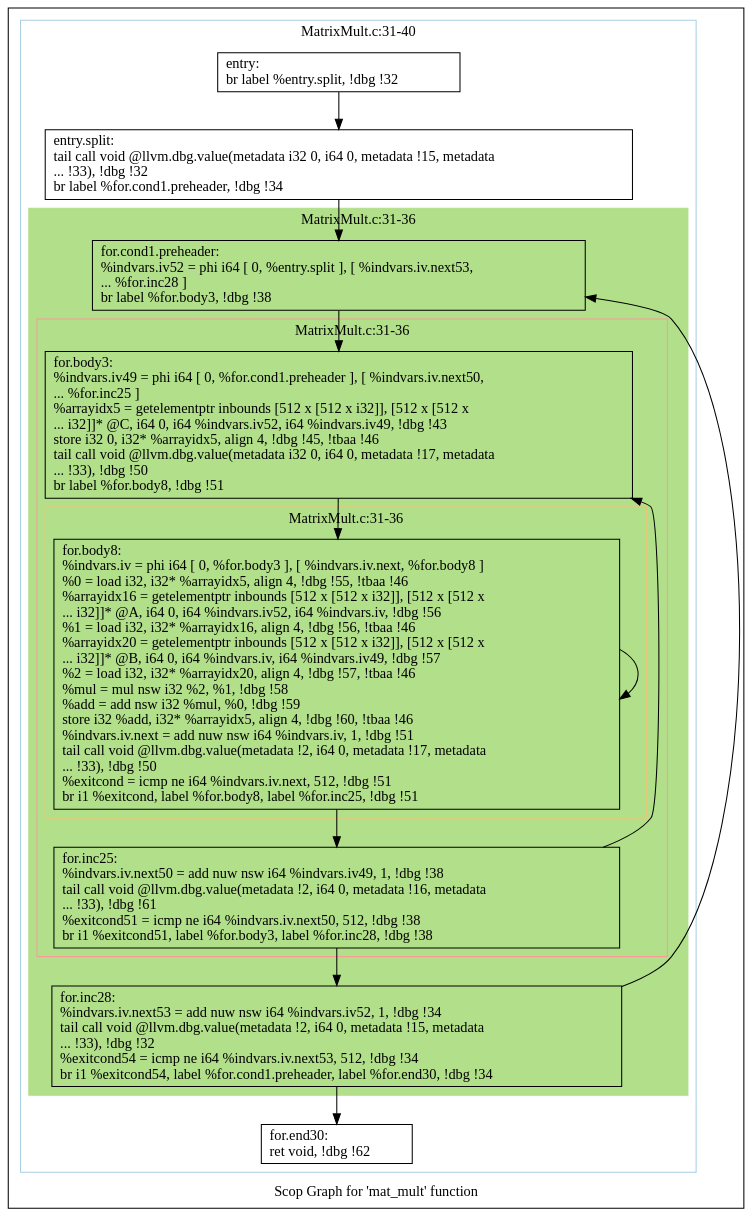
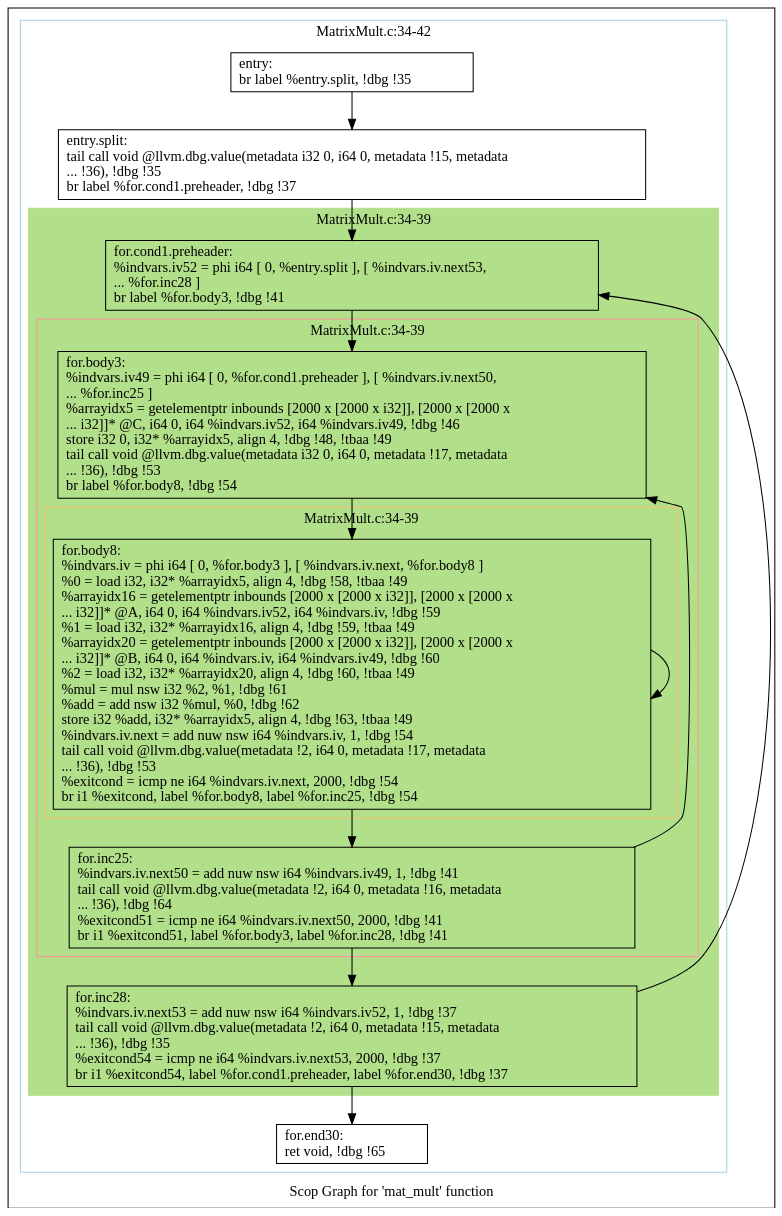
One commit to samminweng/WhileyOpenCL changed the diagram in polly/MatrixMult/impl/handwritten/dot/scops.mat_mult.dot. Above: the diagram before and after it, drawn with Graphviz. The commit also changed 54 other files, not shown here.

First line of the commit message:
Adde parallelizable 'mat_mult' function to Handwritten MatrixMult 2 program

```diff
--- a/polly/MatrixMult/impl/handwritten/dot/scops.mat_mult.dot
+++ b/polly/MatrixMult/impl/handwritten/dot/scops.mat_mult.dot
@@ -1,54 +1,54 @@
 digraph "Scop Graph for 'mat_mult' function" {
 	label="Scop Graph for 'mat_mult' function";
 
-	Node0xa685ba0 [shape=record,label="{entry:\l  br label %entry.split, !dbg !32\l}"];
-	Node0xa685ba0 -> Node0xa68a1d0;
-	Node0xa68a1d0 [shape=record,label="{entry.split:                                      \l  tail call void @llvm.dbg.value(metadata i32 0, i64 0, metadata !15, metadata\l... !33), !dbg !32\l  br label %for.cond1.preheader, !dbg !34\l}"];
-	Node0xa68a1d0 -> Node0xa688050;
-	Node0xa688050 [shape=record,label="{for.cond1.preheader:                              \l  %indvars.iv52 = phi i64 [ 0, %entry.split ], [ %indvars.iv.next53,\l... %for.inc28 ]\l  br label %for.body3, !dbg !38\l}"];
-	Node0xa688050 -> Node0xa767230;
-	Node0xa767230 [shape=record,label="{for.body3:                                        \l  %indvars.iv49 = phi i64 [ 0, %for.cond1.preheader ], [ %indvars.iv.next50,\l... %for.inc25 ]\l  %arrayidx5 = getelementptr inbounds [512 x [512 x i32]], [512 x [512 x\l... i32]]* @C, i64 0, i64 %indvars.iv52, i64 %indvars.iv49, !dbg !43\l  store i32 0, i32* %arrayidx5, align 4, !dbg !45, !tbaa !46\l  tail call void @llvm.dbg.value(metadata i32 0, i64 0, metadata !17, metadata\l... !33), !dbg !50\l  br label %for.body8, !dbg !51\l}"];
-	Node0xa767230 -> Node0xa6874d0;
-	Node0xa6874d0 [shape=record,label="{for.body8:                                        \l  %indvars.iv = phi i64 [ 0, %for.body3 ], [ %indvars.iv.next, %for.body8 ]\l  %0 = load i32, i32* %arrayidx5, align 4, !dbg !55, !tbaa !46\l  %arrayidx16 = getelementptr inbounds [512 x [512 x i32]], [512 x [512 x\l... i32]]* @A, i64 0, i64 %indvars.iv52, i64 %indvars.iv, !dbg !56\l  %1 = load i32, i32* %arrayidx16, align 4, !dbg !56, !tbaa !46\l  %arrayidx20 = getelementptr inbounds [512 x [512 x i32]], [512 x [512 x\l... i32]]* @B, i64 0, i64 %indvars.iv, i64 %indvars.iv49, !dbg !57\l  %2 = load i32, i32* %arrayidx20, align 4, !dbg !57, !tbaa !46\l  %mul = mul nsw i32 %2, %1, !dbg !58\l  %add = add nsw i32 %mul, %0, !dbg !59\l  store i32 %add, i32* %arrayidx5, align 4, !dbg !60, !tbaa !46\l  %indvars.iv.next = add nuw nsw i64 %indvars.iv, 1, !dbg !51\l  tail call void @llvm.dbg.value(metadata !2, i64 0, metadata !17, metadata\l... !33), !dbg !50\l  %exitcond = icmp ne i64 %indvars.iv.next, 512, !dbg !51\l  br i1 %exitcond, label %for.body8, label %for.inc25, !dbg !51\l}"];
-	Node0xa6874d0 -> Node0xa6874d0[constraint=false];
-	Node0xa6874d0 -> Node0xa690550;
-	Node0xa690550 [shape=record,label="{for.inc25:                                        \l  %indvars.iv.next50 = add nuw nsw i64 %indvars.iv49, 1, !dbg !38\l  tail call void @llvm.dbg.value(metadata !2, i64 0, metadata !16, metadata\l... !33), !dbg !61\l  %exitcond51 = icmp ne i64 %indvars.iv.next50, 512, !dbg !38\l  br i1 %exitcond51, label %for.body3, label %for.inc28, !dbg !38\l}"];
-	Node0xa690550 -> Node0xa767230[constraint=false];
-	Node0xa690550 -> Node0xa68aff0;
-	Node0xa68aff0 [shape=record,label="{for.inc28:                                        \l  %indvars.iv.next53 = add nuw nsw i64 %indvars.iv52, 1, !dbg !34\l  tail call void @llvm.dbg.value(metadata !2, i64 0, metadata !15, metadata\l... !33), !dbg !32\l  %exitcond54 = icmp ne i64 %indvars.iv.next53, 512, !dbg !34\l  br i1 %exitcond54, label %for.cond1.preheader, label %for.end30, !dbg !34\l}"];
-	Node0xa68aff0 -> Node0xa688050[constraint=false];
-	Node0xa68aff0 -> Node0xa691260;
-	Node0xa691260 [shape=record,label="{for.end30:                                        \l  ret void, !dbg !62\l}"];
+	Node0x9a14590 [shape=record,label="{entry:\l  br label %entry.split, !dbg !35\l}"];
+	Node0x9a14590 -> Node0x99a31e0;
+	Node0x99a31e0 [shape=record,label="{entry.split:                                      \l  tail call void @llvm.dbg.value(metadata i32 0, i64 0, metadata !15, metadata\l... !36), !dbg !35\l  br label %for.cond1.preheader, !dbg !37\l}"];
+	Node0x99a31e0 -> Node0x981a9e0;
+	Node0x981a9e0 [shape=record,label="{for.cond1.preheader:                              \l  %indvars.iv52 = phi i64 [ 0, %entry.split ], [ %indvars.iv.next53,\l... %for.inc28 ]\l  br label %for.body3, !dbg !41\l}"];
+	Node0x981a9e0 -> Node0x9a60210;
+	Node0x9a60210 [shape=record,label="{for.body3:                                        \l  %indvars.iv49 = phi i64 [ 0, %for.cond1.preheader ], [ %indvars.iv.next50,\l... %for.inc25 ]\l  %arrayidx5 = getelementptr inbounds [2000 x [2000 x i32]], [2000 x [2000 x\l... i32]]* @C, i64 0, i64 %indvars.iv52, i64 %indvars.iv49, !dbg !46\l  store i32 0, i32* %arrayidx5, align 4, !dbg !48, !tbaa !49\l  tail call void @llvm.dbg.value(metadata i32 0, i64 0, metadata !17, metadata\l... !36), !dbg !53\l  br label %for.body8, !dbg !54\l}"];
+	Node0x9a60210 -> Node0x9a1be60;
+	Node0x9a1be60 [shape=record,label="{for.body8:                                        \l  %indvars.iv = phi i64 [ 0, %for.body3 ], [ %indvars.iv.next, %for.body8 ]\l  %0 = load i32, i32* %arrayidx5, align 4, !dbg !58, !tbaa !49\l  %arrayidx16 = getelementptr inbounds [2000 x [2000 x i32]], [2000 x [2000 x\l... i32]]* @A, i64 0, i64 %indvars.iv52, i64 %indvars.iv, !dbg !59\l  %1 = load i32, i32* %arrayidx16, align 4, !dbg !59, !tbaa !49\l  %arrayidx20 = getelementptr inbounds [2000 x [2000 x i32]], [2000 x [2000 x\l... i32]]* @B, i64 0, i64 %indvars.iv, i64 %indvars.iv49, !dbg !60\l  %2 = load i32, i32* %arrayidx20, align 4, !dbg !60, !tbaa !49\l  %mul = mul nsw i32 %2, %1, !dbg !61\l  %add = add nsw i32 %mul, %0, !dbg !62\l  store i32 %add, i32* %arrayidx5, align 4, !dbg !63, !tbaa !49\l  %indvars.iv.next = add nuw nsw i64 %indvars.iv, 1, !dbg !54\l  tail call void @llvm.dbg.value(metadata !2, i64 0, metadata !17, metadata\l... !36), !dbg !53\l  %exitcond = icmp ne i64 %indvars.iv.next, 2000, !dbg !54\l  br i1 %exitcond, label %for.body8, label %for.inc25, !dbg !54\l}"];
+	Node0x9a1be60 -> Node0x9a1be60[constraint=false];
+	Node0x9a1be60 -> Node0x99a19f0;
+	Node0x99a19f0 [shape=record,label="{for.inc25:                                        \l  %indvars.iv.next50 = add nuw nsw i64 %indvars.iv49, 1, !dbg !41\l  tail call void @llvm.dbg.value(metadata !2, i64 0, metadata !16, metadata\l... !36), !dbg !64\l  %exitcond51 = icmp ne i64 %indvars.iv.next50, 2000, !dbg !41\l  br i1 %exitcond51, label %for.body3, label %for.inc28, !dbg !41\l}"];
+	Node0x99a19f0 -> Node0x9a60210[constraint=false];
+	Node0x99a19f0 -> Node0x9a70e20;
+	Node0x9a70e20 [shape=record,label="{for.inc28:                                        \l  %indvars.iv.next53 = add nuw nsw i64 %indvars.iv52, 1, !dbg !37\l  tail call void @llvm.dbg.value(metadata !2, i64 0, metadata !15, metadata\l... !36), !dbg !35\l  %exitcond54 = icmp ne i64 %indvars.iv.next53, 2000, !dbg !37\l  br i1 %exitcond54, label %for.cond1.preheader, label %for.end30, !dbg !37\l}"];
+	Node0x9a70e20 -> Node0x981a9e0[constraint=false];
+	Node0x9a70e20 -> Node0x999df00;
+	Node0x999df00 [shape=record,label="{for.end30:                                        \l  ret void, !dbg !65\l}"];
 	colorscheme = "paired12"
-        subgraph cluster_0xa68fca0 {
-          label = "MatrixMult.c:31-40
+        subgraph cluster_0x99a2c20 {
+          label = "MatrixMult.c:34-42
 ";
           style = solid;
           color = 1
-          subgraph cluster_0xa68c7a0 {
-            label = "MatrixMult.c:31-36
+          subgraph cluster_0x9a778d0 {
+            label = "MatrixMult.c:34-39
 ";
             style = filled;
-            color = 3            subgraph cluster_0xa690200 {
-              label = "MatrixMult.c:31-36
+            color = 3            subgraph cluster_0x999aca0 {
+              label = "MatrixMult.c:34-39
 ";
               style = solid;
               color = 5
-              subgraph cluster_0xa688490 {
-                label = "MatrixMult.c:31-36
+              subgraph cluster_0x9a79550 {
+                label = "MatrixMult.c:34-39
 ";
                 style = solid;
                 color = 7
-                Node0xa6874d0;
+                Node0x9a1be60;
               }
-              Node0xa767230;
-              Node0xa690550;
+              Node0x9a60210;
+              Node0x99a19f0;
             }
-            Node0xa688050;
-            Node0xa68aff0;
+            Node0x981a9e0;
+            Node0x9a70e20;
           }
-          Node0xa685ba0;
-          Node0xa68a1d0;
-          Node0xa691260;
+          Node0x9a14590;
+          Node0x99a31e0;
+          Node0x999df00;
         }
 }
```
